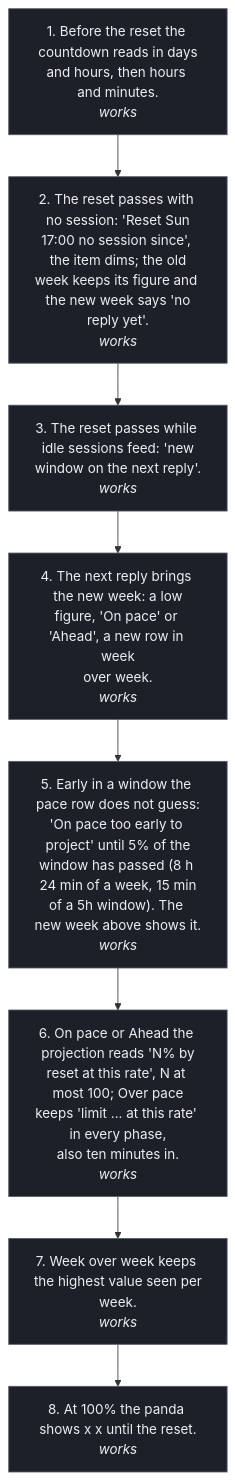
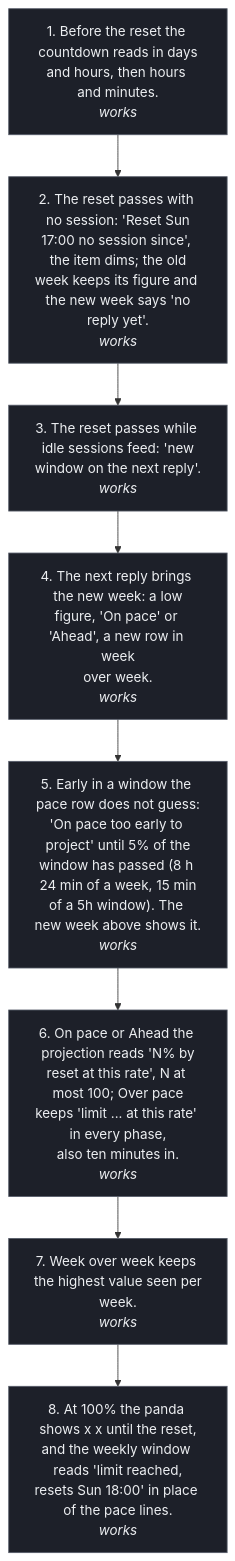
One commit to tokenpandadev/tokenpanda-app changed the diagram in design/wireframes/flows/06-weekly-reset.mmd. Above: the diagram before and after it, drawn with Mermaid. The commit also changed 63 other files, not shown here.

```diff
--- a/design/wireframes/flows/06-weekly-reset.mmd
+++ b/design/wireframes/flows/06-weekly-reset.mmd
@@ -1,20 +1,20 @@
 flowchart TD
   classDef works fill:#1d2029,stroke:#555b68,color:#eceef1;
   classDef friction fill:#262a34,stroke:#eceef1,stroke-width:2px,color:#eceef1;
   classDef broken fill:#1d2029,stroke:#d77757,stroke-width:2px,color:#d77757;
   classDef byhand fill:#1d2029,stroke:#eceef1,stroke-width:1px,stroke-dasharray:4 3,color:#eceef1;
   S1["1. Before the reset the countdown reads in days<br/>and hours, then hours and minutes.<br/><i>works</i>"]:::works
   S2["2. The reset passes with no session: 'Reset Sun<br/>17:00 no session since', the item dims; the old<br/>week keeps its figure and the new week says 'no<br/>reply yet'.<br/><i>works</i>"]:::works
   S3["3. The reset passes while idle sessions feed: 'new<br/>window on the next reply'.<br/><i>works</i>"]:::works
   S4["4. The next reply brings the new week: a low<br/>figure, 'On pace' or 'Ahead', a new row in week<br/>over week.<br/><i>works</i>"]:::works
   S5["5. Early in a window the pace row does not guess:<br/>'On pace too early to project' until 5% of the<br/>window has passed (8 h 24 min of a week, 15 min<br/>of a 5h window). The new week above shows it.<br/><i>works</i>"]:::works
   S6["6. On pace or Ahead the projection reads 'N% by<br/>reset at this rate', N at most 100; Over pace<br/>keeps 'limit ... at this rate' in every phase,<br/>also ten minutes in.<br/><i>works</i>"]:::works
   S7["7. Week over week keeps the highest value seen per<br/>week.<br/><i>works</i>"]:::works
-  S8["8. At 100% the panda shows x x until the reset.<br/><i>works</i>"]:::works
+  S8["8. At 100% the panda shows x x until the reset,<br/>and the weekly window reads 'limit reached,<br/>resets Sun 18:00' in place of the pace lines.<br/><i>works</i>"]:::works
   S1 --> S2
   S2 --> S3
   S3 --> S4
   S4 --> S5
   S5 --> S6
   S6 --> S7
   S7 --> S8
```
